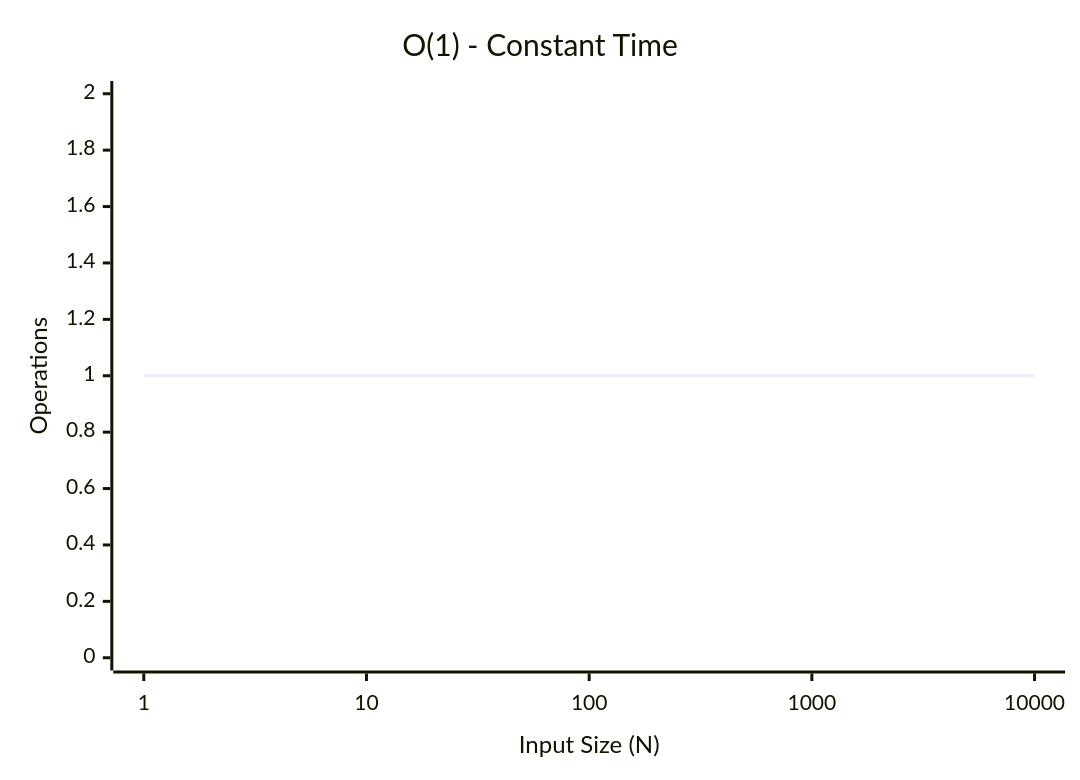
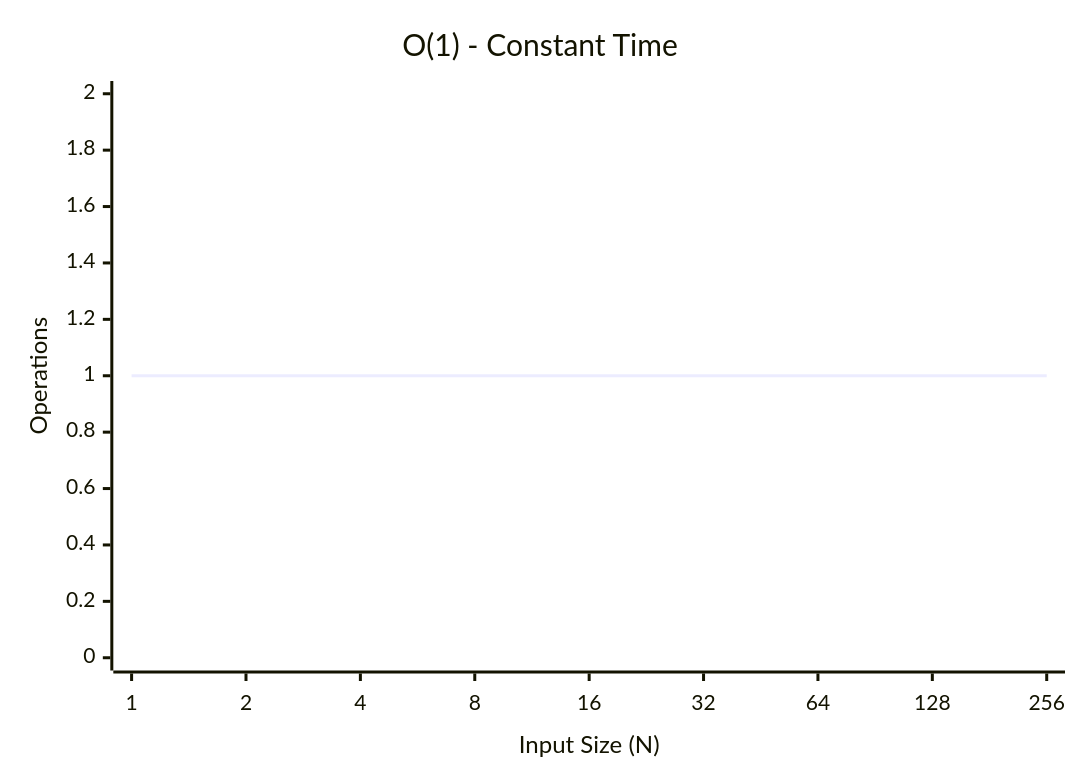
One commit to youngmin-gwon/what-i-studied changed the first of 6 diagrams in 01_inbox/algorithm/algo-complexity-and-big-o.md. Above: the diagram before and after it, drawn with Mermaid. The commit also changed other lines of this file, not shown here.

````diff
--- a/01_inbox/algorithm/algo-complexity-and-big-o.md
+++ b/01_inbox/algorithm/algo-complexity-and-big-o.md
@@ -52,7 +52,7 @@
 ```mermaid
 xychart-beta
     title "O(1) - Constant Time"
-    x-axis "Input Size (N)" [1, 10, 100, 1000, 10000]
+    x-axis "Input Size (N)" [1, 2, 4, 8, 16, 32, 64, 128, 256]
     y-axis "Operations" 0 --> 2
-    line "O(1)" [1, 1, 1, 1, 1]
+    line "O(1)" [1, 1, 1, 1, 1, 1, 1, 1, 1]
 ```
````
